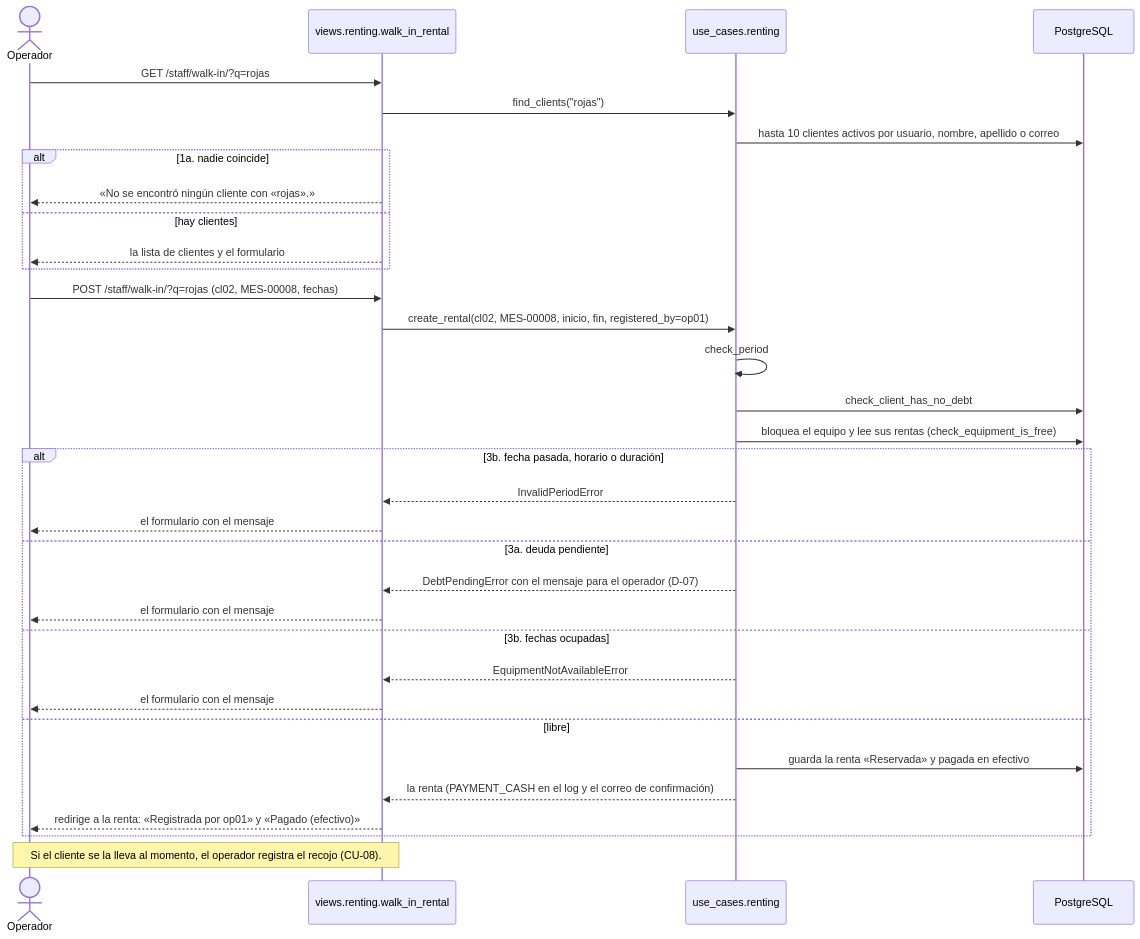
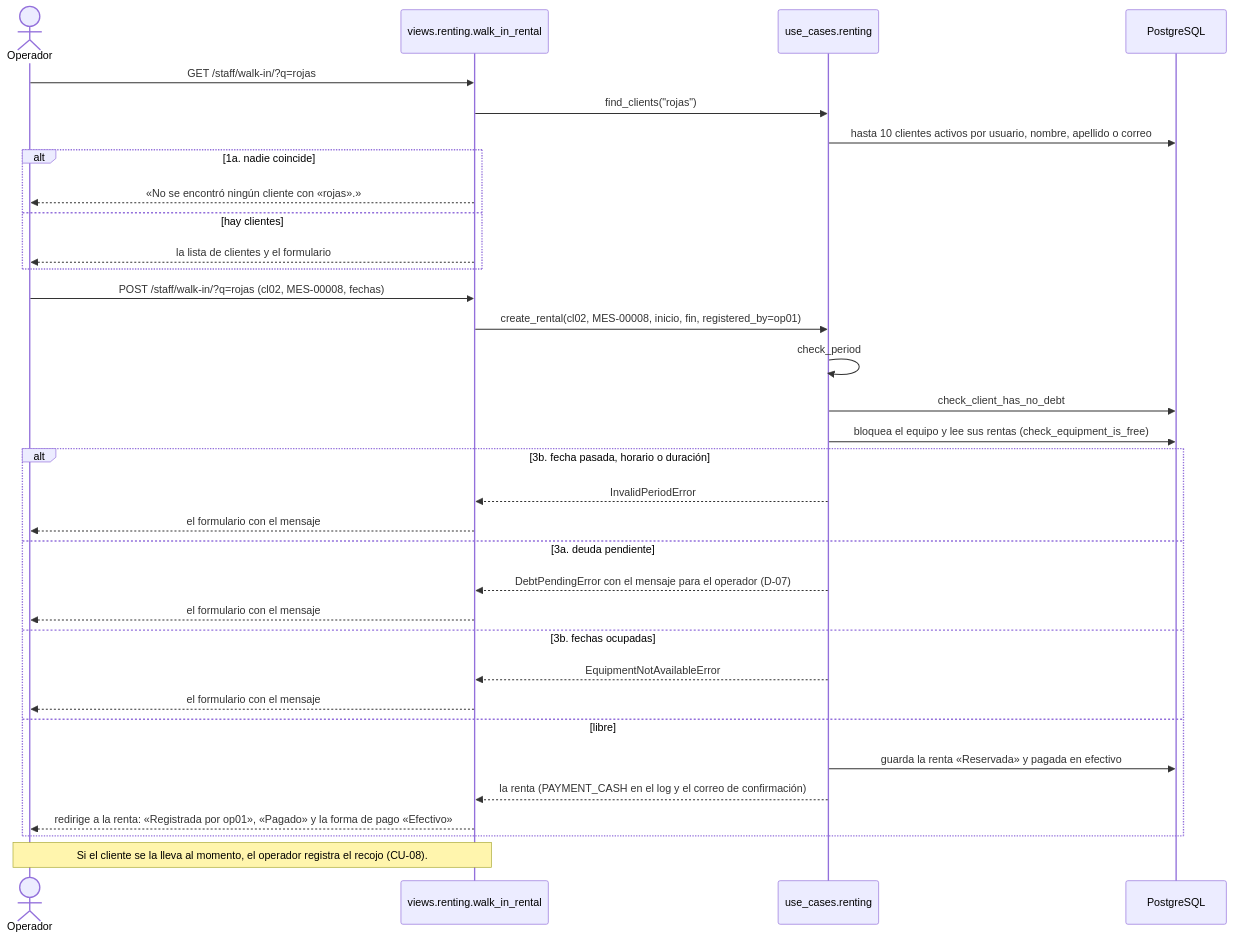
Before and after one commit to peterteranb/astra-rent-system: the tenth of 38 diagrams in docs/casos-de-uso.md, drawn with Mermaid. The commit also changed other lines of this file and 6 other files, not shown here.

Commit message:
docs: client feedback, account use case and activity diagrams

````diff
--- a/docs/casos-de-uso.md
+++ b/docs/casos-de-uso.md
@@ -322,35 +410,35 @@
 ```mermaid
 sequenceDiagram
     actor O as Operador
     participant V as views.renting.walk_in_rental
     participant U as use_cases.renting
     participant BD as PostgreSQL
     O->>V: GET /staff/walk-in/?q=rojas
     V->>U: find_clients("rojas")
     U->>BD: hasta 10 clientes activos por usuario, nombre, apellido o correo
     alt 1a. nadie coincide
         V-->>O: «No se encontró ningún cliente con «rojas».»
     else hay clientes
         V-->>O: la lista de clientes y el formulario
     end
     O->>V: POST /staff/walk-in/?q=rojas (cl02, MES-00008, fechas)
     V->>U: create_rental(cl02, MES-00008, inicio, fin, registered_by=op01)
     U->>U: check_period
     U->>BD: check_client_has_no_debt
     U->>BD: bloquea el equipo y lee sus rentas (check_equipment_is_free)
     alt 3b. fecha pasada, horario o duración
         U-->>V: InvalidPeriodError
         V-->>O: el formulario con el mensaje
     else 3a. deuda pendiente
         U-->>V: DebtPendingError con el mensaje para el operador (D-07)
         V-->>O: el formulario con el mensaje
     else 3b. fechas ocupadas
         U-->>V: EquipmentNotAvailableError
         V-->>O: el formulario con el mensaje
     else libre
         U->>BD: guarda la renta «Reservada» y pagada en efectivo
         U-->>V: la renta (PAYMENT_CASH en el log y el correo de confirmación)
-        V-->>O: redirige a la renta: «Registrada por op01» y «Pagado (efectivo)»
+        V-->>O: redirige a la renta: «Registrada por op01», «Pagado» y la forma de pago «Efectivo»
     end
     Note over O,V: Si el cliente se la lleva al momento, el operador registra el recojo (CU-08).
 ```
````
